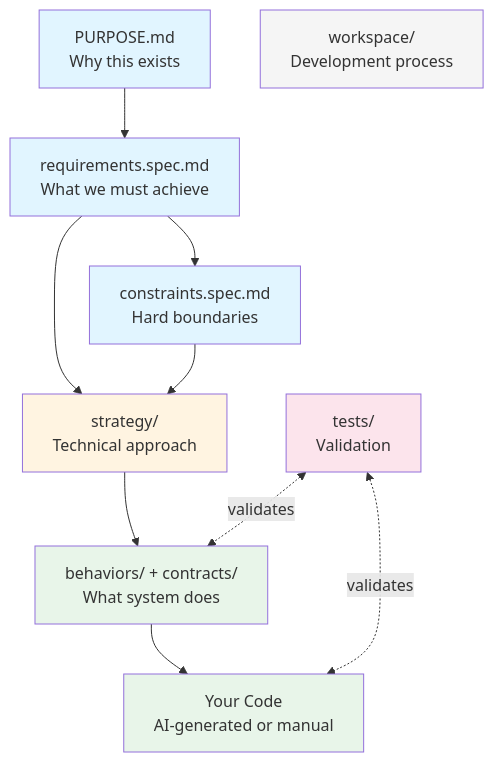
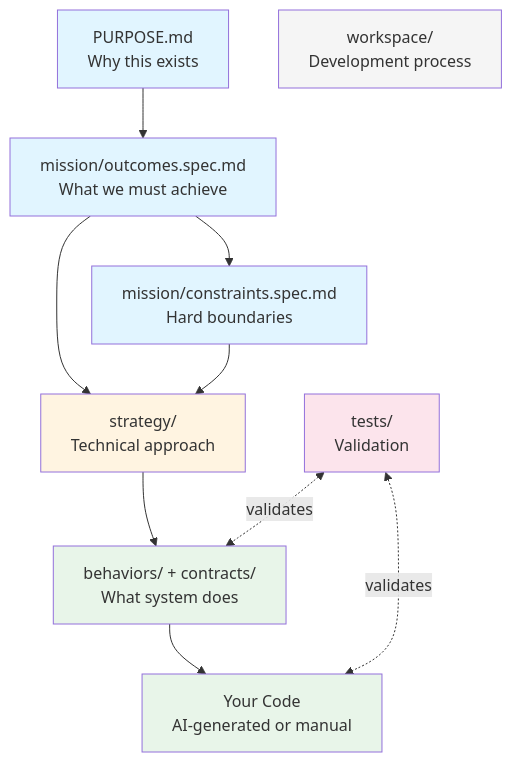
The first of 3 diagrams in README.md (chrs-myrs/livespec), drawn with Mermaid before and after one commit. The commit also changed other lines of this file and 42 other files, not shown here.

````diff
--- a/README.md
+++ b/README.md
@@ -33,37 +33,37 @@
 ```mermaid
 graph TD
     %% Main Vertical Flow
     PURPOSE[PURPOSE.md<br/>Why this exists]
-    REQUIREMENTS[requirements.spec.md<br/>What we must achieve]
-    CONSTRAINTS[constraints.spec.md<br/>Hard boundaries]
+    REQUIREMENTS[mission/outcomes.spec.md<br/>What we must achieve]
+    CONSTRAINTS[mission/constraints.spec.md<br/>Hard boundaries]
     STRATEGY[strategy/<br/>Technical approach]
     SPECS[behaviors/ + contracts/<br/>What system does]
     CODE[Your Code<br/>AI-generated or manual]
 
     %% Validation
     TESTS[tests/<br/>Validation]
 
     %% Workspace (separate)
     WORKSPACE[workspace/<br/>Development process]
 
     %% Main Flow
     PURPOSE --> REQUIREMENTS
     REQUIREMENTS --> CONSTRAINTS
     REQUIREMENTS --> STRATEGY
     CONSTRAINTS --> STRATEGY
     STRATEGY --> SPECS
     SPECS --> CODE
 
     %% Validation
     TESTS <-.validates.-> SPECS
     TESTS <-.validates.-> CODE
 
     style PURPOSE fill:#e1f5ff
     style REQUIREMENTS fill:#e1f5ff
     style CONSTRAINTS fill:#e1f5ff
     style STRATEGY fill:#fff4e1
     style SPECS fill:#e8f5e9
     style CODE fill:#e8f5e9
     style TESTS fill:#fce4ec
     style WORKSPACE fill:#f5f5f5
 ```
````
